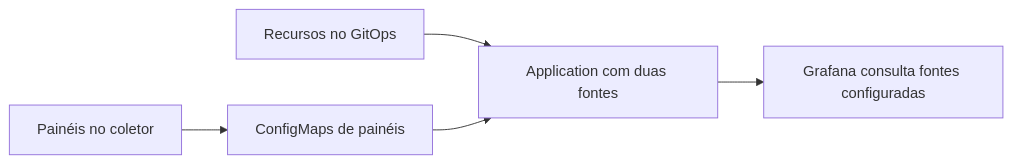
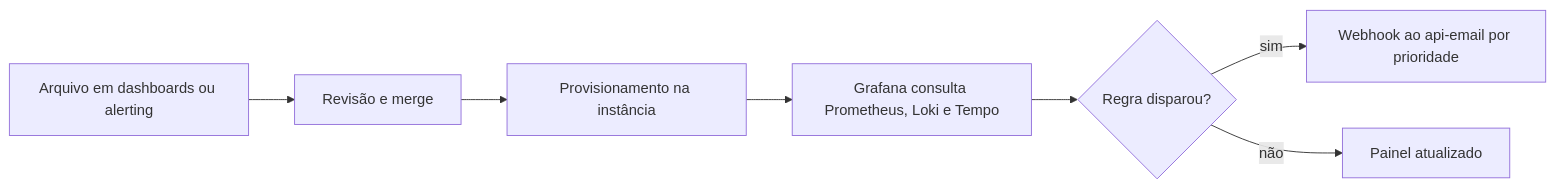
The diagram in readme/repositories/infra-observability/flows/DASHBOARD_CONFIGURATION.md (Solierrr/docs-warehouse), drawn with Mermaid before and after one commit. The commit also changed other lines of this file and 47 other files, not shown here.

````diff
--- a/readme/repositories/infra-observability/flows/DASHBOARD_CONFIGURATION.md
+++ b/readme/repositories/infra-observability/flows/DASHBOARD_CONFIGURATION.md
@@ -9,7 +9,9 @@
 ```mermaid
 flowchart LR
- A[Painéis no coletor] --> C[ConfigMaps de painéis]
- B[Recursos no GitOps] --> D[Application com duas fontes]
- C --> D
- D --> G[Grafana consulta fontes configuradas]
+ A[Arquivo em dashboards ou alerting] --> B[Revisão e merge]
+ B --> C[Provisionamento na instância]
+ C --> D[Grafana consulta Prometheus, Loki e Tempo]
+ D --> E{Regra disparou?}
+ E -->|sim| F[Webhook ao api-email por prioridade]
+ E -->|não| G[Painel atualizado]
 ```
````
